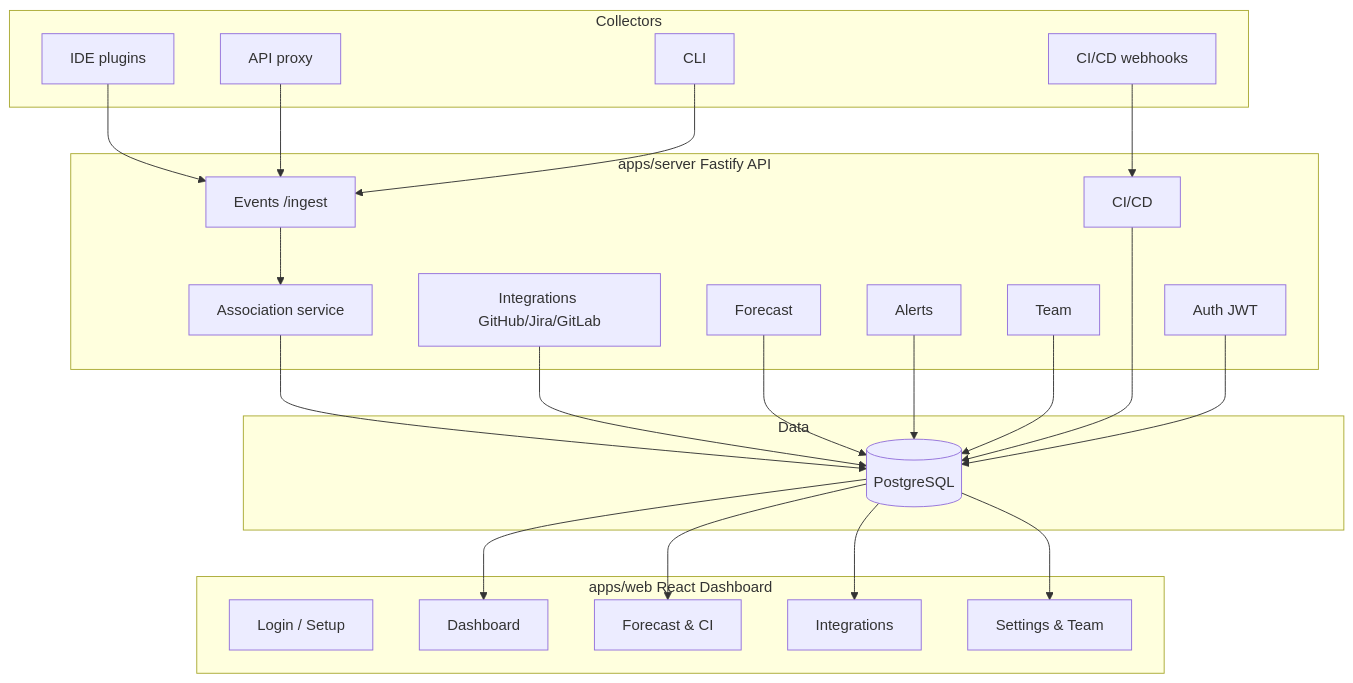
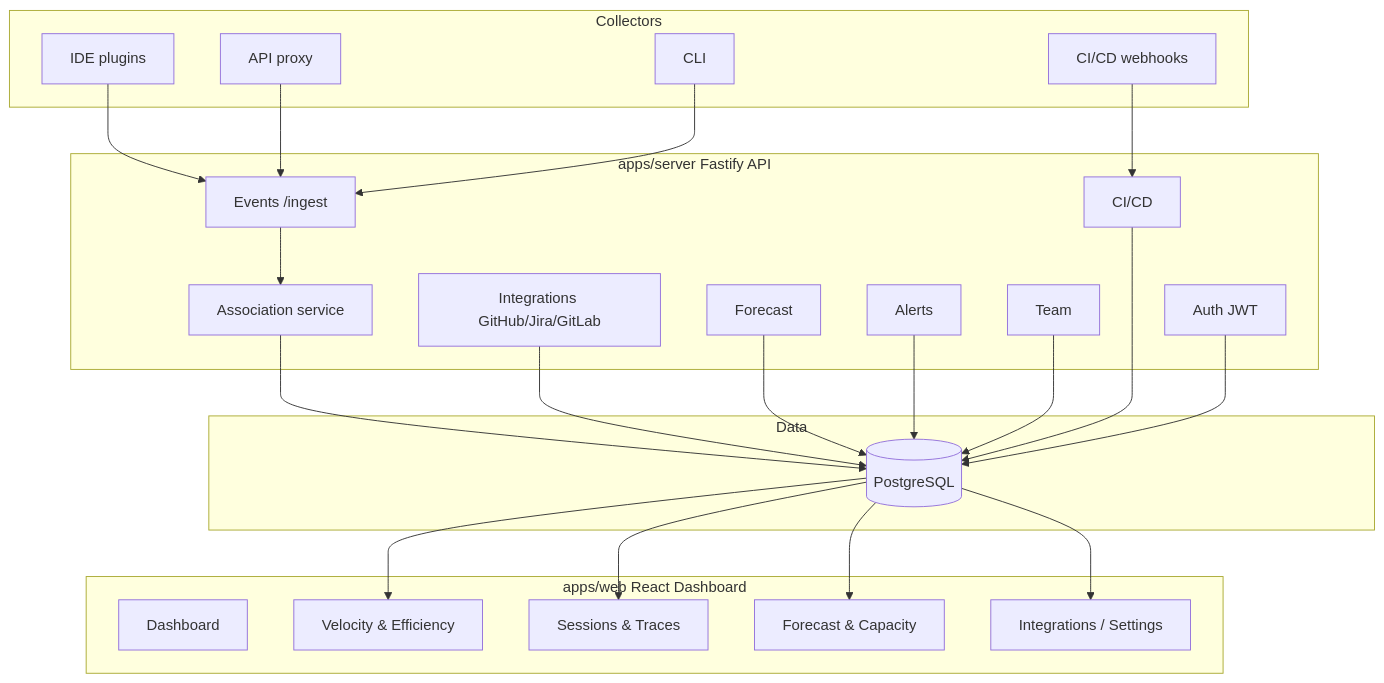
One commit to filipjevtic/agile-token-sprint changed the diagram in README.md. Above: the diagram before and after it, drawn with Mermaid. The commit also changed other lines of this file and 4 other files, not shown here.

````diff
--- a/README.md
+++ b/README.md
@@ -68,49 +95,49 @@
 ```mermaid
 flowchart TB
     subgraph Collectors
         A[IDE plugins]
         B[API proxy]
         C[CLI]
         D[CI/CD webhooks]
     end
 
     subgraph Server["apps/server Fastify API"]
         E[Events /ingest]
         F[Association service]
         G[Integrations GitHub/Jira/GitLab]
         H[Forecast]
         I[Alerts]
         J[Team]
         K[CI/CD]
         L[Auth JWT]
     end
 
     subgraph Frontend["apps/web React Dashboard"]
-        M[Login / Setup]
-        N[Dashboard]
-        O[Forecast & CI]
-        P[Integrations]
-        Q[Settings & Team]
+        M[Dashboard]
+        N[Velocity & Efficiency]
+        O[Sessions & Traces]
+        P[Forecast & Capacity]
+        Q[Integrations / Settings]
     end
 
     subgraph Data
         R[(PostgreSQL)]
     end
 
     A --> E
     B --> E
     C --> E
     D --> K
     E --> F
     F --> R
     G --> R
     H --> R
     I --> R
     J --> R
     K --> R
     L --> R
     R --> N
     R --> O
     R --> P
     R --> Q
 ```
````
